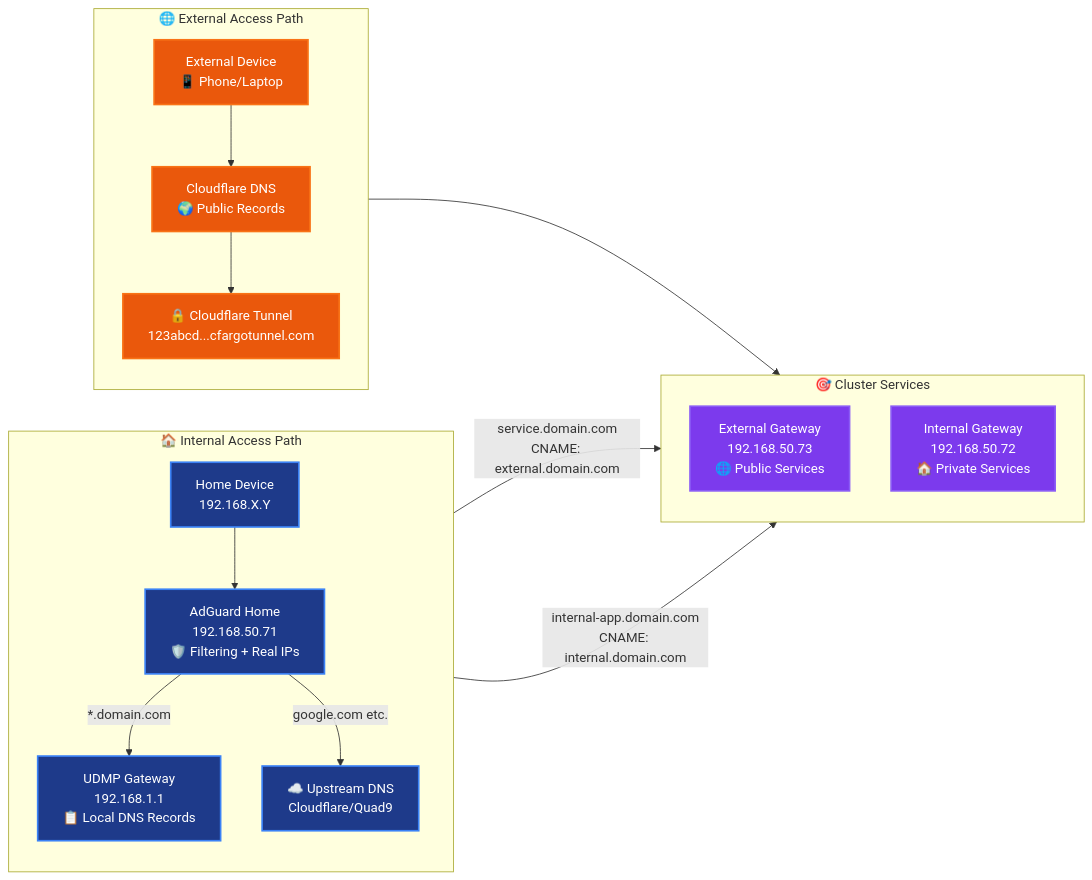
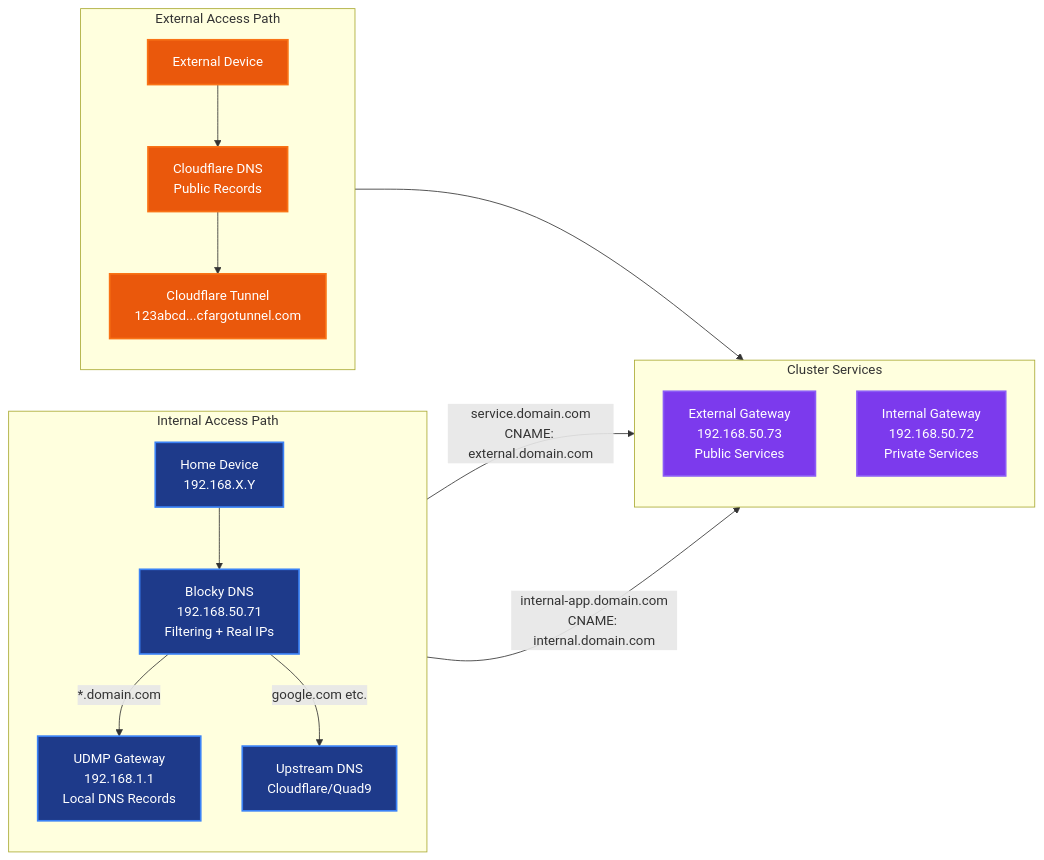
Before and after one commit to rcdailey/home-ops: the first of 3 diagrams in docs/architecture/dns-architecture.md, drawn with Mermaid. The commit also changed other lines of this file and 21 other files, not shown here.

First line of the commit message:
refactor(blocky): migrate dns-gateway from adguard home to blocky

````diff
--- a/docs/architecture/dns-architecture.md
+++ b/docs/architecture/dns-architecture.md
@@ -20,45 +20,45 @@
 ```mermaid
 flowchart LR
-    subgraph Internal["🏠 Internal Access Path"]
+    subgraph Internal["Internal Access Path"]
         direction TB
         Client[Home Device<br/>192.168.X.Y]
-        AGH[AdGuard Home<br/>192.168.50.71<br/>🛡️ Filtering + Real IPs]
-        UDMP[UDMP Gateway<br/>192.168.1.1<br/>📋 Local DNS Records]
+        Blocky[Blocky DNS<br/>192.168.50.71<br/>Filtering + Real IPs]
+        UDMP[UDMP Gateway<br/>192.168.1.1<br/>Local DNS Records]
 
-        Client --> AGH
-        AGH -->|"*.domain.com"| UDMP
-        AGH -->|"google.com etc."| Upstream[☁️ Upstream DNS<br/>Cloudflare/Quad9]
+        Client --> Blocky
+        Blocky -->|"*.domain.com"| UDMP
+        Blocky -->|"google.com etc."| Upstream[Upstream DNS<br/>Cloudflare/Quad9]
     end
 
-    subgraph External["🌐 External Access Path"]
+    subgraph External["External Access Path"]
         direction TB
-        ExternalClient[External Device<br/>📱 Phone/Laptop]
-        CloudflareDNS[Cloudflare DNS<br/>🌍 Public Records]
-        CFTunnel[🔒 Cloudflare Tunnel<br/>123abcd...cfargotunnel.com]
+        ExternalClient[External Device]
+        CloudflareDNS[Cloudflare DNS<br/>Public Records]
+        CFTunnel[Cloudflare Tunnel<br/>123abcd...cfargotunnel.com]
 
         ExternalClient --> CloudflareDNS
         CloudflareDNS --> CFTunnel
     end
 
-    subgraph ClusterServices["🎯 Cluster Services"]
+    subgraph ClusterServices["Cluster Services"]
         direction TB
-        ExtGW[External Gateway<br/>192.168.50.73<br/>🌐 Public Services]
-        IntGW[Internal Gateway<br/>192.168.50.72<br/>🏠 Private Services]
+        ExtGW[External Gateway<br/>192.168.50.73<br/>Public Services]
+        IntGW[Internal Gateway<br/>192.168.50.72<br/>Private Services]
     end
 
     %% Internal resolution paths
     UDMP -->|"service.domain.com<br/>CNAME: external.domain.com"| ExtGW
     UDMP -->|"internal-app.domain.com<br/>CNAME: internal.domain.com"| IntGW
 
     %% External resolution path
     CFTunnel --> ExtGW
 
     %% Styling
     classDef internal fill:#1e3a8a,stroke:#3b82f6,stroke-width:2px,color:#ffffff
     classDef external fill:#ea580c,stroke:#f97316,stroke-width:2px,color:#ffffff
     classDef services fill:#7c3aed,stroke:#8b5cf6,stroke-width:2px,color:#ffffff
 
-    class Client,AGH,UDMP,Upstream internal
+    class Client,Blocky,UDMP,Upstream internal
     class ExternalClient,CloudflareDNS,CFTunnel external
     class ExtGW,IntGW services
 ```
````
